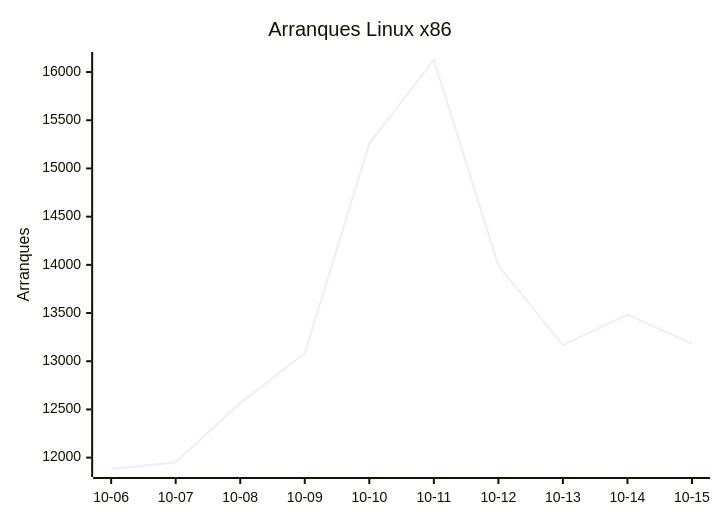
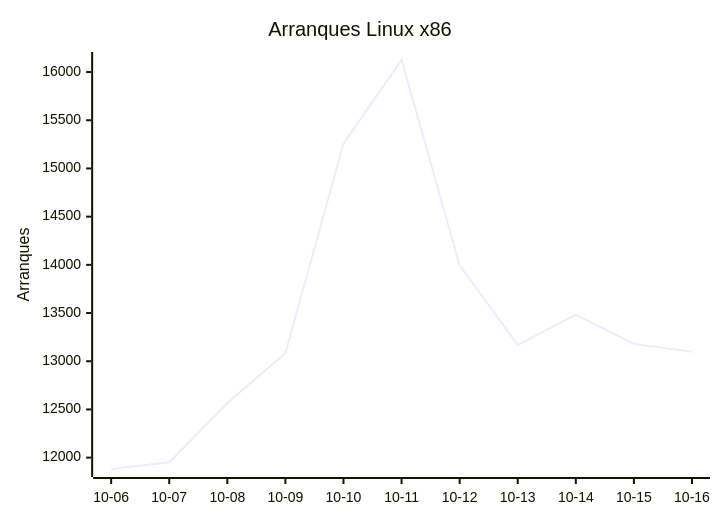
Before and after one commit to EmuDeck/stats: the first of 8 diagrams in README.md, drawn with Mermaid. The commit also changed other lines of this file and 2 other files, not shown here.

````diff
--- a/README.md
+++ b/README.md
@@ -18,7 +18,7 @@
 ```mermaid
 xychart-beta
     title "Arranques Linux x86"
-    x-axis ["10-06", "10-07", "10-08", "10-09", "10-10", "10-11", "10-12", "10-13", "10-14", "10-15"]
+    x-axis ["10-06", "10-07", "10-08", "10-09", "10-10", "10-11", "10-12", "10-13", "10-14", "10-15", "10-16"]
     y-axis "Arranques"
-    line [11882, 11951, 12567, 13083, 15258, 16125, 13994, 13168, 13483, 13181]
+    line [11882, 11951, 12567, 13083, 15258, 16125, 13994, 13168, 13483, 13181, 13097]
 ```
````
